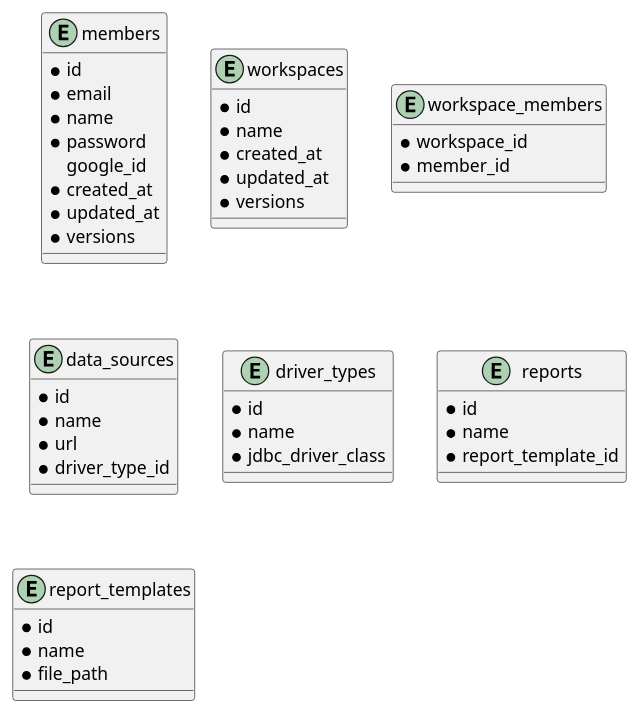
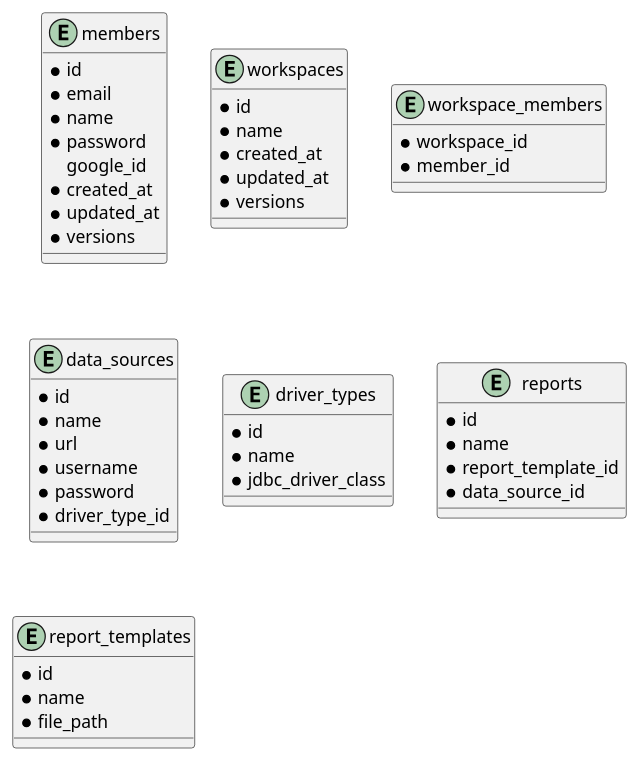
The diagram in docs/db/diagram.puml (ijufumi/openreports-api), drawn with PlantUML before and after one commit.

Commit message:
Update diagram

```diff
--- a/docs/db/diagram.puml
+++ b/docs/db/diagram.puml
@@ -1,52 +1,55 @@
 @startuml
 
 entity members {
   * id
   * email
   * name
   * password
     google_id
   * created_at
   * updated_at
   * versions
 }
 
 entity workspaces {
   * id
   * name
   * created_at
   * updated_at
   * versions
 }
 
 entity workspace_members {
   * workspace_id
   * member_id
 }
 
 entity data_sources {
   * id
   * name
   * url
+  * username
+  * password
   * driver_type_id
 }
 
 entity driver_types {
   * id
   * name
   * jdbc_driver_class
 }
 
 entity reports {
   * id
   * name
   * report_template_id
+  * data_source_id
 }
 
 entity report_templates {
   * id
   * name
   * file_path
 }
 
 @enduml
```
